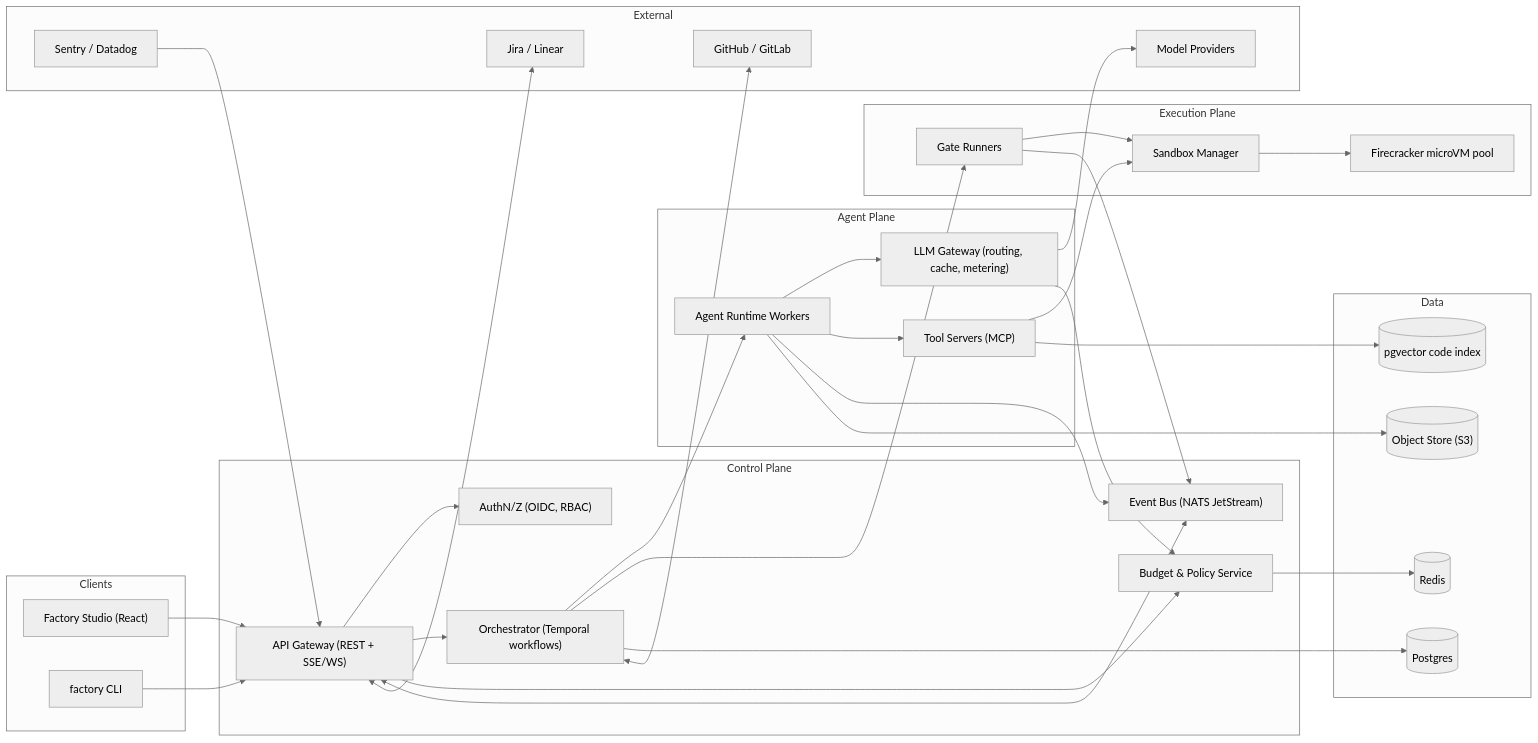
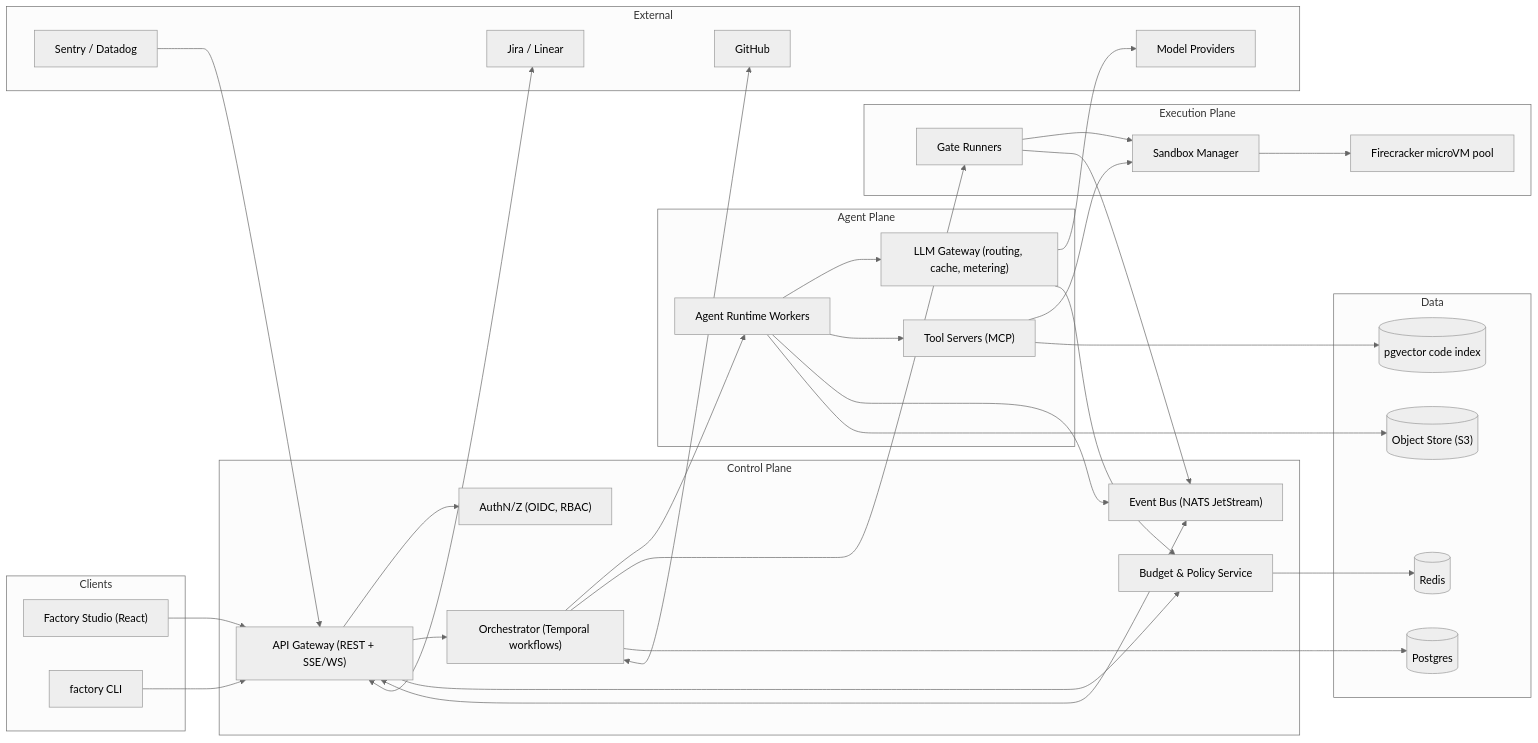
The first of 4 diagrams in docs/TECHNICAL_SPEC.md (BboyAkers/Software-Factory-Studio), drawn with Mermaid (neutral theme) before and after one commit. The commit also changed other lines of this file and 13 other files, not shown here.

Commit message:
feat(settings): replace GitHub Enterprise with GitHub and support individual repo connections

````diff
--- a/docs/TECHNICAL_SPEC.md
+++ b/docs/TECHNICAL_SPEC.md
@@ -52,63 +52,63 @@
 ```mermaid
 flowchart LR
   subgraph Clients
     UI["Factory Studio (React)"]
     CLI["factory CLI"]
   end
 
   subgraph ControlPlane["Control Plane"]
     API["API Gateway (REST + SSE/WS)"]
     AUTH["AuthN/Z (OIDC, RBAC)"]
     ORCH["Orchestrator (Temporal workflows)"]
     BUDGET["Budget & Policy Service"]
     EVT["Event Bus (NATS JetStream)"]
   end
 
   subgraph AgentPlane["Agent Plane"]
     RT["Agent Runtime Workers"]
     LLM["LLM Gateway (routing, cache, metering)"]
     TOOLS["Tool Servers (MCP)"]
   end
 
   subgraph ExecPlane["Execution Plane"]
     SBX["Sandbox Manager"]
     VM["Firecracker microVM pool"]
     GATES["Gate Runners"]
   end
 
   subgraph Data
     PG[("Postgres")]
     REDIS[("Redis")]
     OBJ[("Object Store (S3)")]
     VEC[("pgvector code index")]
   end
 
   subgraph External
-    GH["GitHub / GitLab"]
+    GH["GitHub"]
     JIRA["Jira / Linear"]
     SENTRY["Sentry / Datadog"]
     PROV["Model Providers"]
   end
 
   UI --> API
   CLI --> API
   API --> AUTH
   API --> ORCH
   API --> BUDGET
   API <--> EVT
   ORCH --> RT
   RT --> LLM --> PROV
   RT --> TOOLS
   TOOLS --> SBX --> VM
   ORCH --> GATES --> SBX
   LLM --> BUDGET
   RT --> EVT
   GATES --> EVT
   ORCH --> PG
   BUDGET --> REDIS
   RT --> OBJ
   TOOLS --> VEC
   ORCH <--> GH
   API <--> JIRA
   SENTRY --> API
 ```
````
